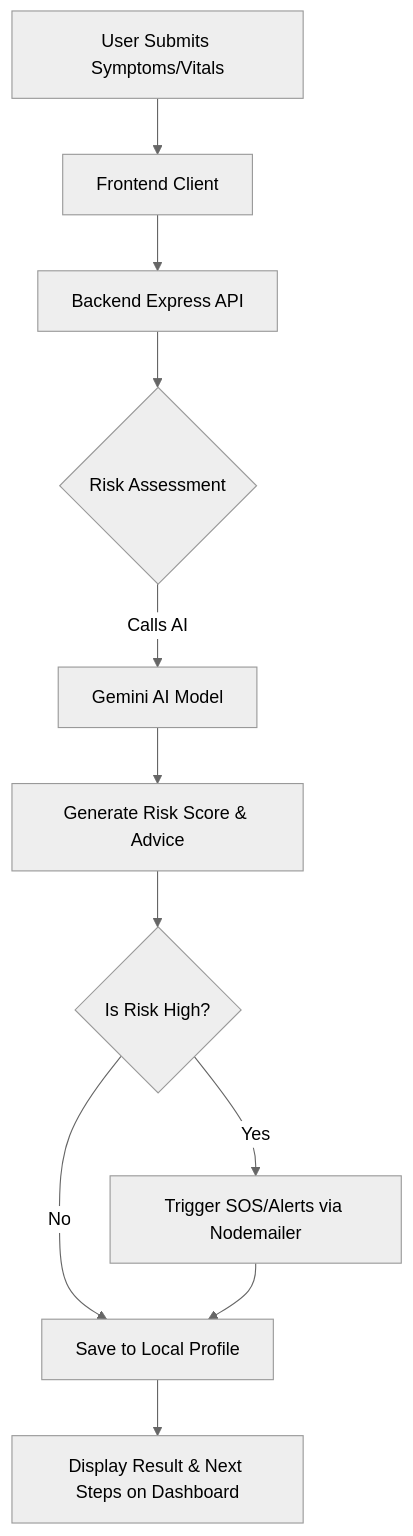
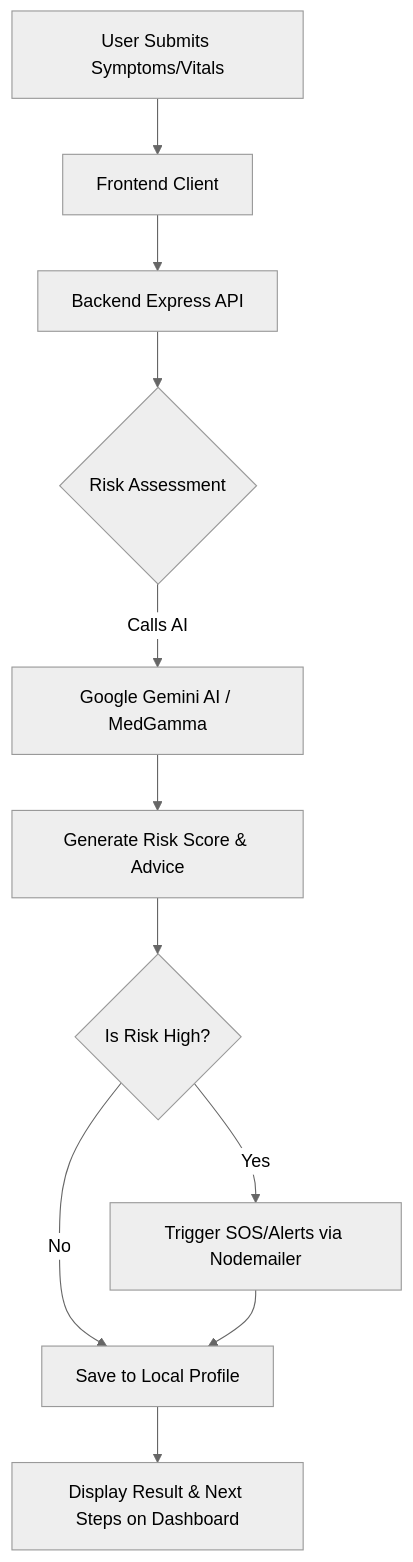
One commit to Dakshchandia/Maarakshak changed the third of 3 diagrams in README.md. Above: the diagram before and after it, drawn with Mermaid (neutral theme). The commit also changed other lines of this file, not shown here.

Commit message:
docs: update AI references to include MedGamma and Sarvaam AI

````diff
--- a/README.md
+++ b/README.md
@@ -82,13 +85,13 @@
 ```mermaid
 flowchart TD
     A[User Submits Symptoms/Vitals] --> B[Frontend Client]
     B --> C[Backend Express API]
     C --> D{Risk Assessment}
-    D -->|Calls AI| E[Gemini AI Model]
+    D -->|Calls AI| E[Google Gemini AI / MedGamma]
     E --> F[Generate Risk Score & Advice]
     F --> G{Is Risk High?}
     G -->|Yes| H[Trigger SOS/Alerts via Nodemailer]
     G -->|No| I[Save to Local Profile]
     H --> I
     I --> J[Display Result & Next Steps on Dashboard]
 ```
````
